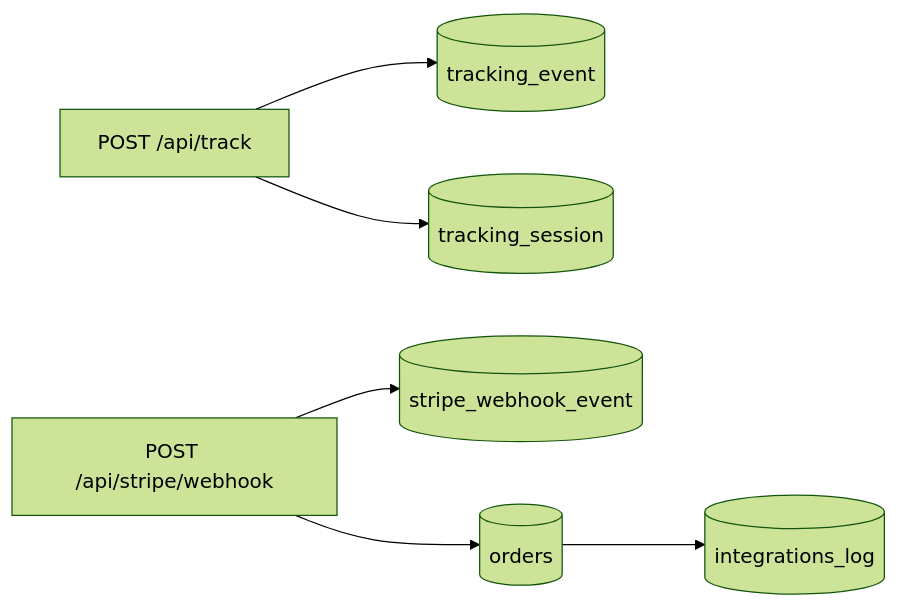
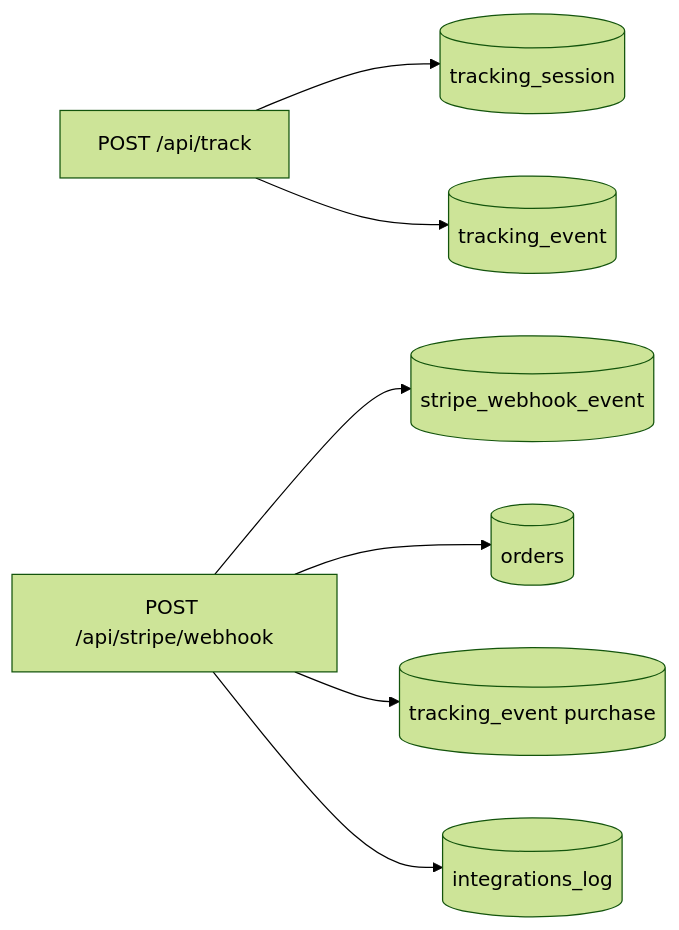
The second of 2 diagrams in infra/modelo_bdd.md (No-Country-simulation/S02-26-Equipo-15-Web-App-Development), drawn with Mermaid (forest theme) before and after one commit. The commit also changed other lines of this file and 1 other file, not shown here.

Commit message:
feat(admin): show customer email and campaign in trace session info

````diff
--- a/infra/modelo_bdd.md
+++ b/infra/modelo_bdd.md
@@ -70,10 +76,10 @@
 ```mermaid
 flowchart LR
-  TRACK[POST /api/track] --> TE[(tracking_event)]
-  TRACK --> TS[(tracking_session)]
+  TRACK[POST /api/track] --> TS[(tracking_session)]
+  TRACK --> TE[(tracking_event)]
 
   STRIPE[POST /api/stripe/webhook] --> SWE[(stripe_webhook_event)]
   STRIPE --> ORD[(orders)]
-
-  ORD --> INT[(integrations_log)]
+  STRIPE --> TEP[(tracking_event purchase)]
+  STRIPE --> INT[(integrations_log)]
 ```
````
